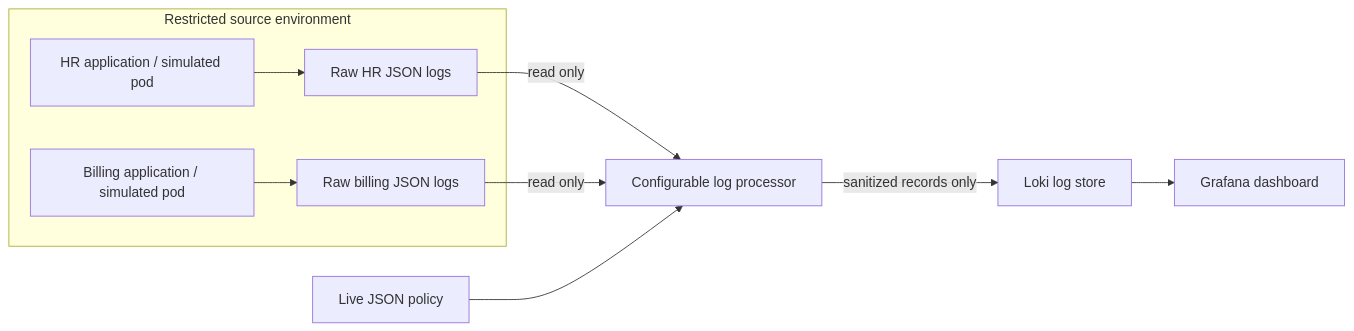
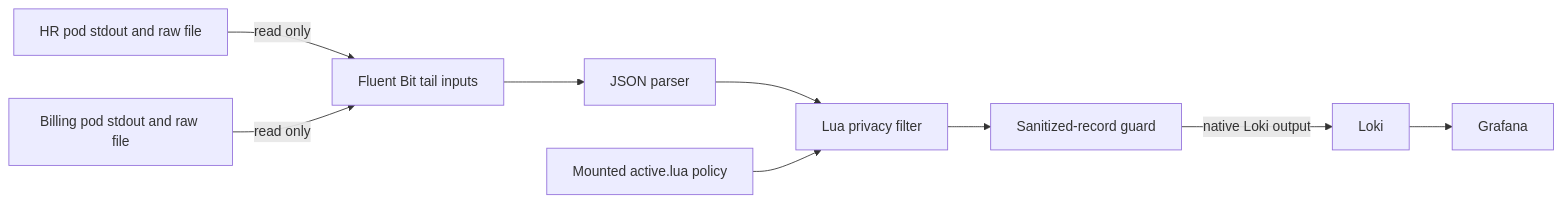
Before and after one commit to Notas-IT/devdays-data-privacy-workshop: the diagram in log-pipeline-workshop/README.md, drawn with Mermaid. The commit also changed other lines of this file and 145 other files, not shown here.

````diff
--- a/log-pipeline-workshop/README.md
+++ b/log-pipeline-workshop/README.md
@@ -8,12 +8,11 @@
 ```mermaid
 flowchart LR
-  subgraph Sources[Restricted source environment]
-    HR[HR application / simulated pod] --> HRRaw[Raw HR JSON logs]
-    Billing[Billing application / simulated pod] --> BillingRaw[Raw billing JSON logs]
-  end
-  HRRaw -->|read only| Processor[Configurable log processor]
-  BillingRaw -->|read only| Processor
-  Policy[Live JSON policy] --> Processor
-  Processor -->|sanitized records only| Loki[Loki log store]
-  Loki --> Grafana[Grafana dashboard]
+  HR[HR pod stdout and raw file] -->|read only| FB[Fluent Bit tail inputs]
+  Billing[Billing pod stdout and raw file] -->|read only| FB
+  FB --> Parse[JSON parser]
+  Parse --> Privacy[Lua privacy filter]
+  Policy[Mounted active.lua policy] --> Privacy
+  Privacy --> Guard[Sanitized-record guard]
+  Guard -->|native Loki output| Loki[Loki]
+  Loki --> Grafana[Grafana]
 ```
````
